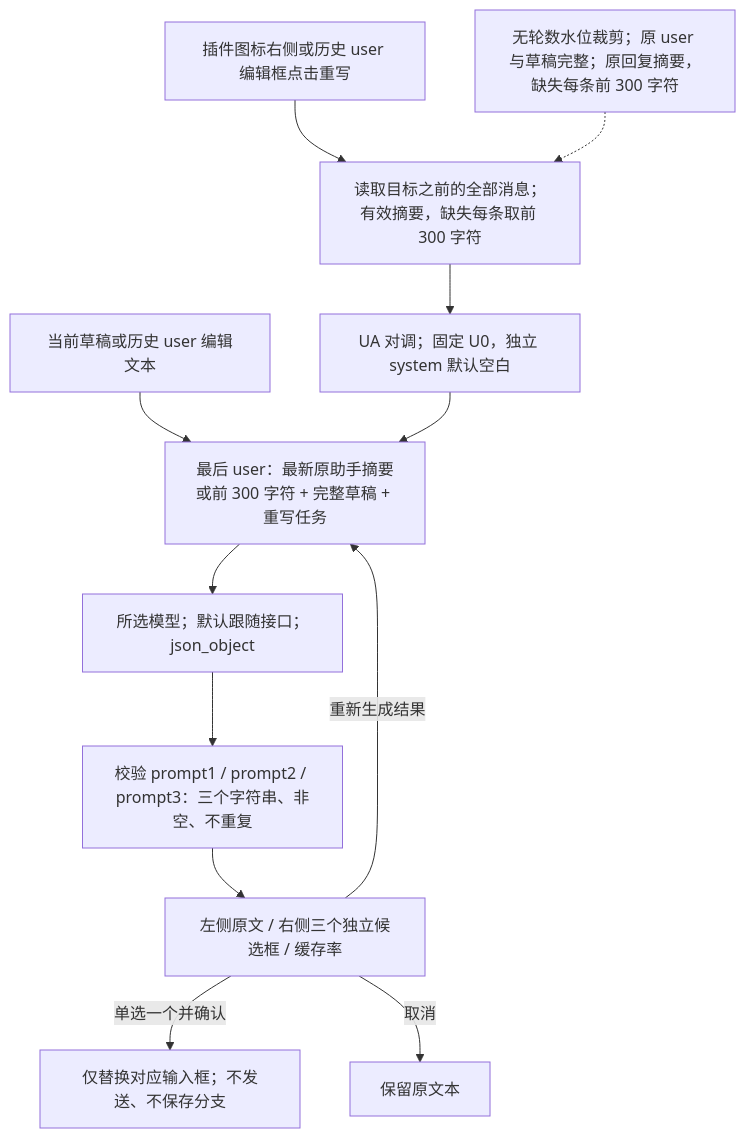
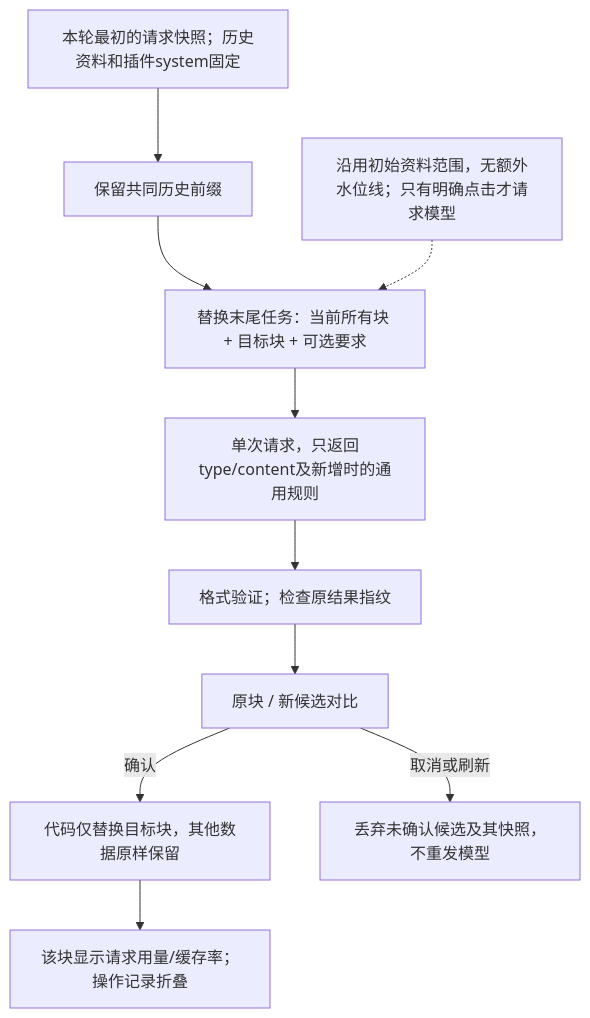
One commit to ccawmiku/workers-chat changed the second of 3 diagrams in docs/PLUGINS.md. Above: the diagram before and after it, drawn with Mermaid. The commit also changed other lines of this file and 71 other files, not shown here.

````diff
--- a/docs/PLUGINS.md
+++ b/docs/PLUGINS.md
@@ -306,14 +47,12 @@
 ```mermaid
 flowchart TD
-    Click[插件图标右侧或历史 user 编辑框点击重写] --> History[读取目标之前的全部消息；有效摘要，缺失每条取前 300 字符]
-    History --> Swap[UA 对调；固定 U0，独立 system 默认空白]
-    Draft[当前草稿或历史 user 编辑文本] --> Tail[最后 user：最新原助手摘要或前 300 字符 + 完整草稿 + 重写任务]
-    Swap --> Tail
-    Tail --> Model[所选模型；默认跟随接口；json_object]
-    Model --> Validate[校验 prompt1 / prompt2 / prompt3：三个字符串、非空、不重复]
-    Validate --> Review[左侧原文 / 右侧三个独立候选框 / 缓存率]
-    Review -->|重新生成结果| Tail
-    Review -->|单选一个并确认| Replace[仅替换对应输入框；不发送、不保存分支]
-    Review -->|取消| Keep[保留原文本]
-    Water[无轮数水位裁剪；原 user 与草稿完整；原回复摘要，缺失每条前 300 字符] -.-> History
+  Original[本轮最初的请求快照；历史资料和插件system固定] --> Prefix[保留共同历史前缀]
+  Prefix --> Tail[替换末尾任务：当前所有块 + 目标块 + 可选要求]
+  Tail --> One[单次请求，只返回type/content及新增时的通用规则]
+  One --> Check[格式验证；检查原结果指纹]
+  Check --> Compare[原块 / 新候选对比]
+  Compare -->|确认| Merge[代码仅替换目标块，其他数据原样保留]
+  Compare -->|取消或刷新| Drop[丢弃未确认候选及其快照，不重发模型]
+  Merge --> Usage[该块显示请求用量/缓存率；操作记录折叠]
+  Budget[沿用初始资料范围，无额外水位线；只有明确点击才请求模型] -.-> Tail
 ```
````
